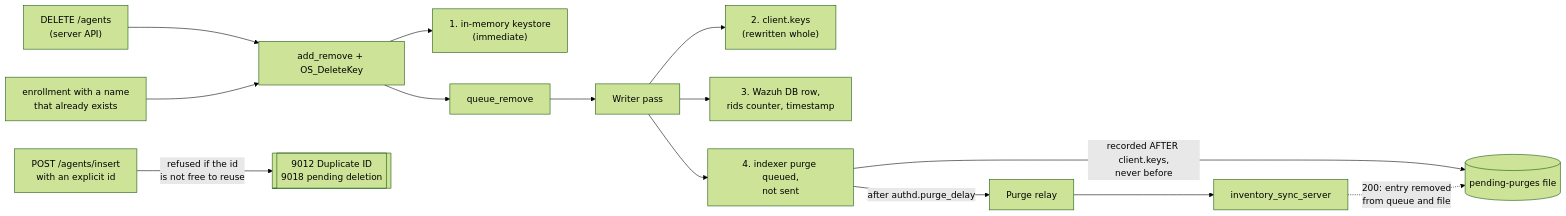
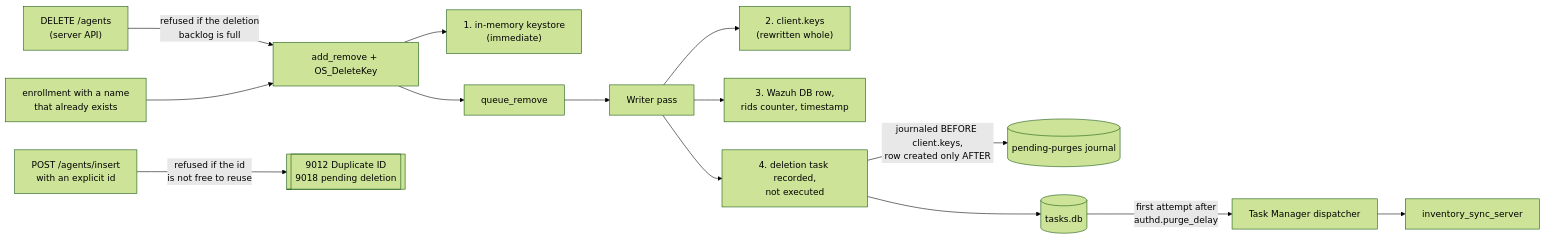
One commit to wazuh/wazuh changed the sixth of 8 diagrams in docs/ref/modules/authd/architecture.md. Above: the diagram before and after it, drawn with Mermaid (forest theme). The commit also changed other lines of this file and 58 other files, not shown here.

Commit message:
feat: adapt delete agent to use new task manager

````diff
--- a/docs/ref/modules/authd/architecture.md
+++ b/docs/ref/modules/authd/architecture.md
@@ -257,16 +256,15 @@
 ```mermaid
 flowchart LR
-    D1["DELETE /agents\n(server API)"] --> ADD
+    D1["DELETE /agents\n(server API)"] -->|"refused if the deletion\nbacklog is full"| ADD
     D2["enrollment with a name\nthat already exists"] --> ADD
     D3["POST /agents/insert\nwith an explicit id"] -->|"refused if the id\nis not free to reuse"| REJ[["9012 Duplicate ID\n9018 pending deletion"]]
 
     ADD["add_remove + OS_DeleteKey"] --> M1["1. in-memory keystore\n(immediate)"]
     ADD --> Q[queue_remove]
     Q --> W[Writer pass]
     W --> M2["2. client.keys\n(rewritten whole)"]
     W --> M3["3. Wazuh DB row,\nrids counter, timestamp"]
-    W --> M4["4. indexer purge queued,\nnot sent"]
-    M4 -->|"recorded AFTER client.keys,\nnever before"| PF[(pending-purges file)]
-    M4 -->|"after authd.purge_delay"| REL[Purge relay] --> ISS[inventory_sync_server]
-    ISS -.->|"200: entry removed\nfrom queue and file"| PF
+    W --> M4["4. deletion task recorded,\nnot executed"]
+    M4 -->|"journaled BEFORE client.keys,\nrow created only AFTER"| PF[(pending-purges journal)]
+    M4 --> MT[(tasks.db)] -->|"first attempt after\nauthd.purge_delay"| DISP[Task Manager dispatcher] --> ISS[inventory_sync_server]
 ```
````
